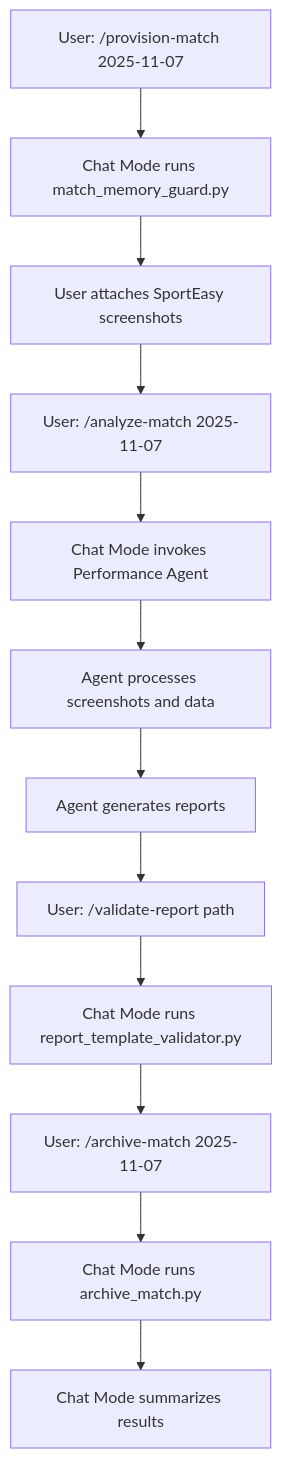
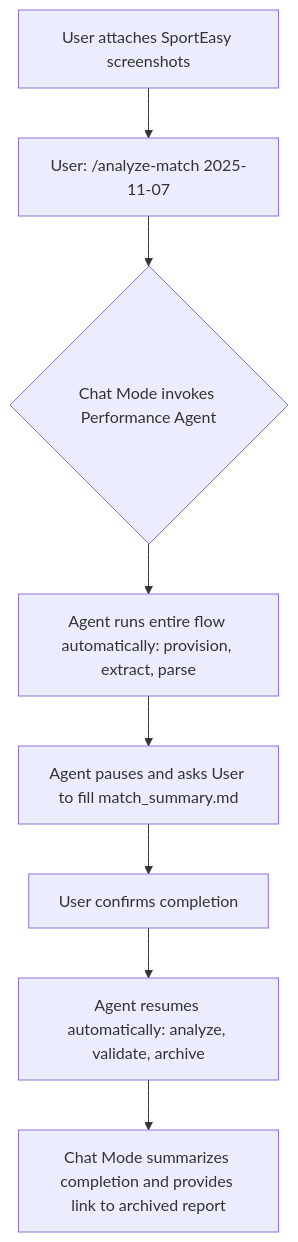
The first of 2 diagrams in .github/chatmodes/coach_assistant.chatmode.md (andreaWauhtia/coach-assistant), drawn with Mermaid before and after one commit. The commit also changed other lines of this file and 28 other files, not shown here.

````diff
--- a/.github/chatmodes/coach_assistant.chatmode.md
+++ b/.github/chatmodes/coach_assistant.chatmode.md
@@ -66,14 +54,10 @@
 ```mermaid
 graph TD
-    A[User: /provision-match 2025-11-07] --> B[Chat Mode runs match_memory_guard.py]
-    B --> C[User attaches SportEasy screenshots]
-    C --> D[User: /analyze-match 2025-11-07]
-    D --> E[Chat Mode invokes Performance Agent]
-    E --> F[Agent processes screenshots and data]
-    F --> G[Agent generates reports]
-    G --> H[User: /validate-report path]
-    H --> I[Chat Mode runs report_template_validator.py]
-    I --> J[User: /archive-match 2025-11-07]
-    J --> K[Chat Mode runs archive_match.py]
-    K --> L[Chat Mode summarizes results]
+    A[User attaches SportEasy screenshots] --> B[User: /analyze-match 2025-11-07]
+    B --> C{Chat Mode invokes Performance Agent}
+    C --> D[Agent runs entire flow automatically: provision, extract, parse]
+    D --> E[Agent pauses and asks User to fill match_summary.md]
+    E --> F[User confirms completion]
+    F --> G[Agent resumes automatically: analyze, validate, archive]
+    G --> H[Chat Mode summarizes completion and provides link to archived report]
 ```
````
